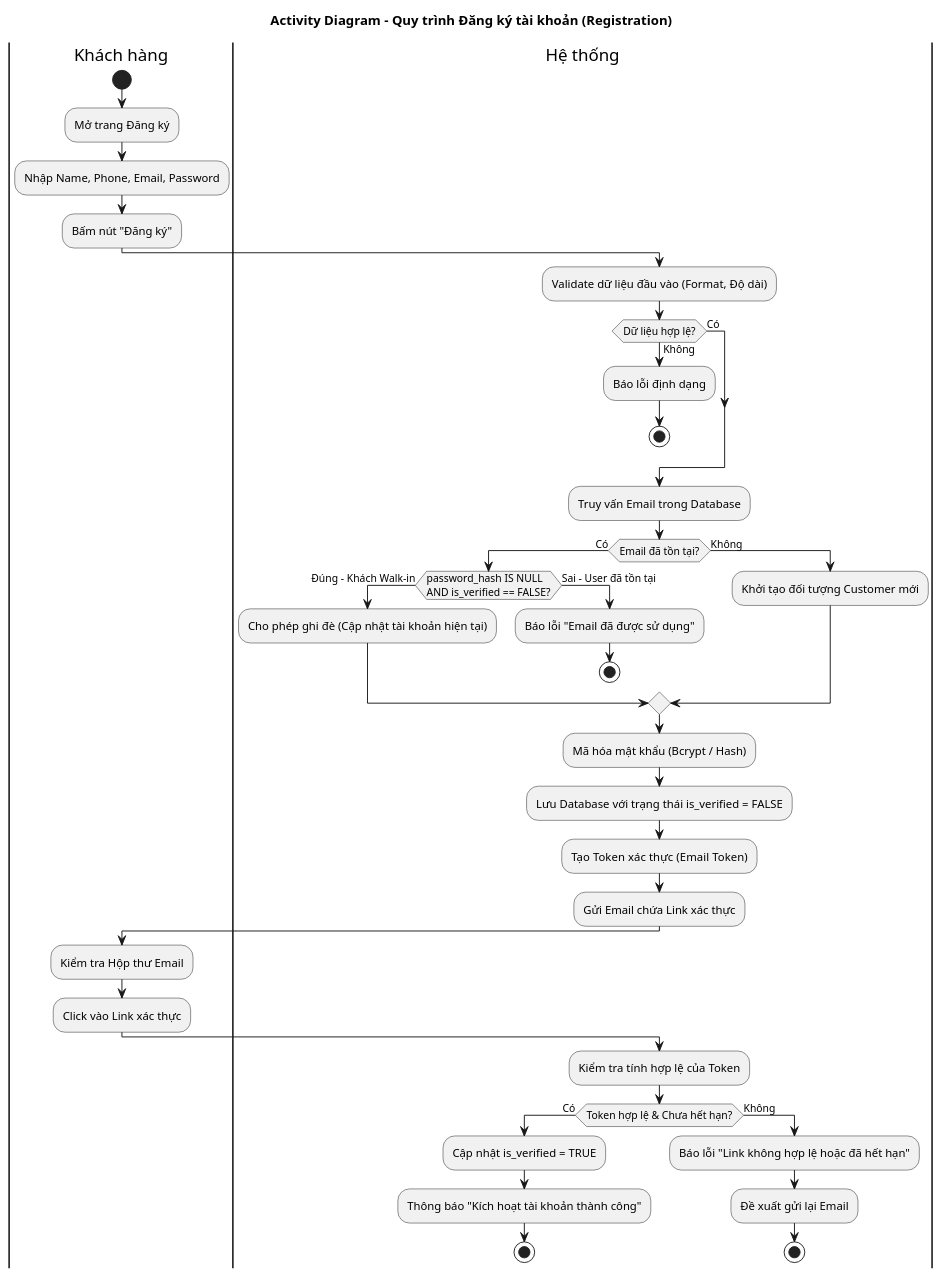
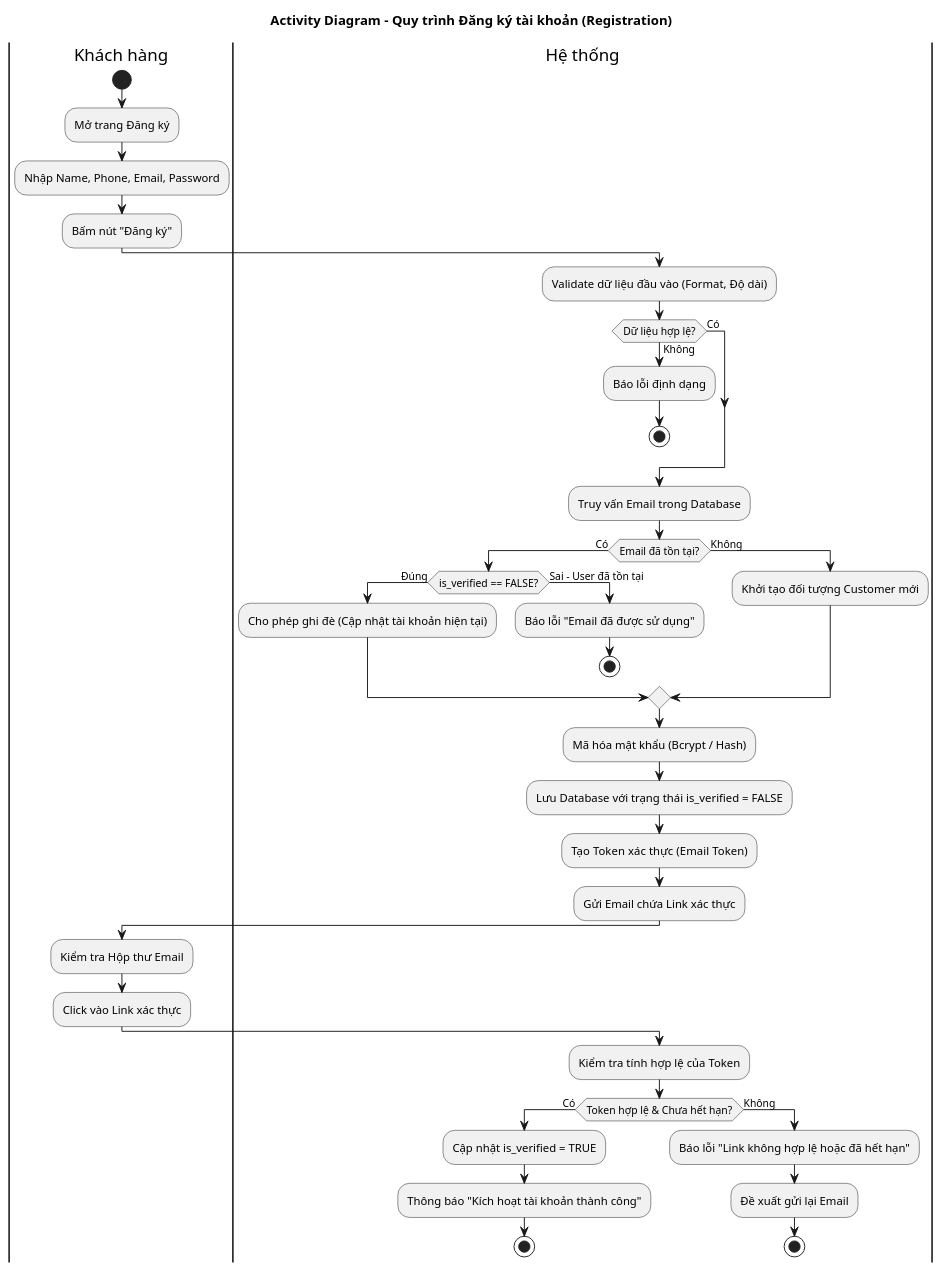
Before and after one commit to QuangLam0208/restaurant-reservation-system: the diagram in docs/uml/activity-register.puml, drawn with PlantUML. The commit also changed 1 other file, not shown here.

```diff
--- a/docs/uml/activity-register.puml
+++ b/docs/uml/activity-register.puml
@@ -1,52 +1,52 @@
 @startuml
 title Activity Diagram - Quy trình Đăng ký tài khoản (Registration)
 skinparam conditionStyle inside
 
 |Khách hàng|
 start
 :Mở trang Đăng ký;
 :Nhập Name, Phone, Email, Password;
 :Bấm nút "Đăng ký";
 
 |Hệ thống|
 :Validate dữ liệu đầu vào (Format, Độ dài);
 if (Dữ liệu hợp lệ?) then (Không)
   :Báo lỗi định dạng;
   stop
 else (Có)
 endif
 
 :Truy vấn Email trong Database;
 if (Email đã tồn tại?) then (Có)
-  if (password_hash IS NULL \nAND is_verified == FALSE?) then (Đúng - Khách Walk-in)
+  if (is_verified == FALSE?) then (Đúng)
     :Cho phép ghi đè (Cập nhật tài khoản hiện tại);
   else (Sai - User đã tồn tại)
     :Báo lỗi "Email đã được sử dụng";
     stop
   endif
 else (Không)
   :Khởi tạo đối tượng Customer mới;
 endif
 
 :Mã hóa mật khẩu (Bcrypt / Hash);
 :Lưu Database với trạng thái is_verified = FALSE;
 :Tạo Token xác thực (Email Token);
 :Gửi Email chứa Link xác thực;
 
 |Khách hàng|
 :Kiểm tra Hộp thư Email;
 :Click vào Link xác thực;
 
 |Hệ thống|
 :Kiểm tra tính hợp lệ của Token;
 if (Token hợp lệ & Chưa hết hạn?) then (Có)
   :Cập nhật is_verified = TRUE;
   :Thông báo "Kích hoạt tài khoản thành công";
   stop
 else (Không)
   :Báo lỗi "Link không hợp lệ hoặc đã hết hạn";
   :Đề xuất gửi lại Email;
   stop
 endif
 
 @enduml
```
